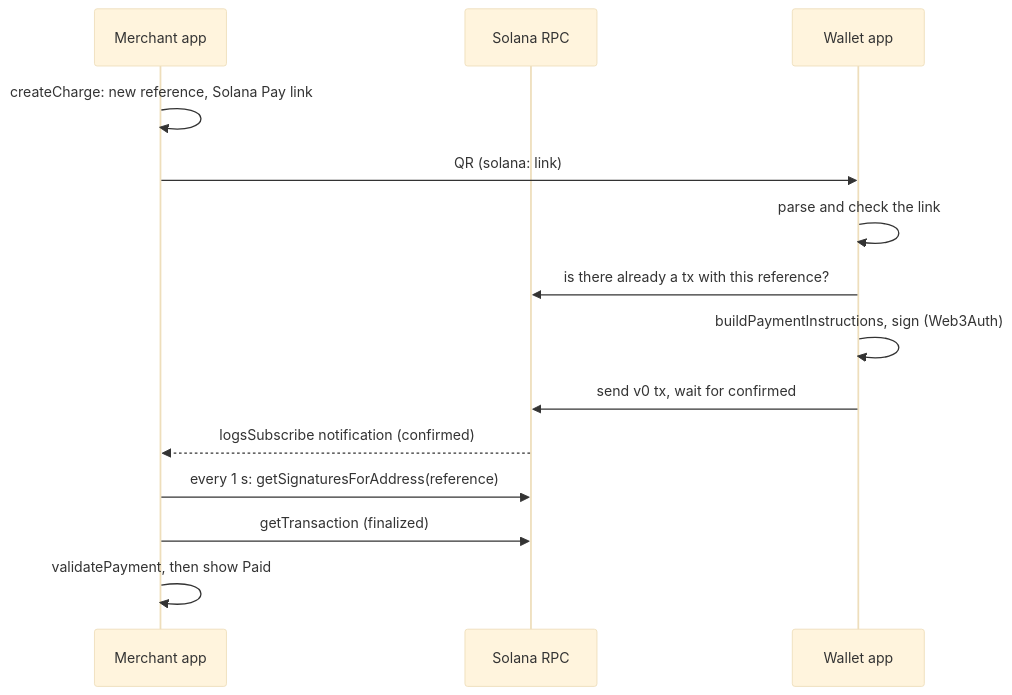
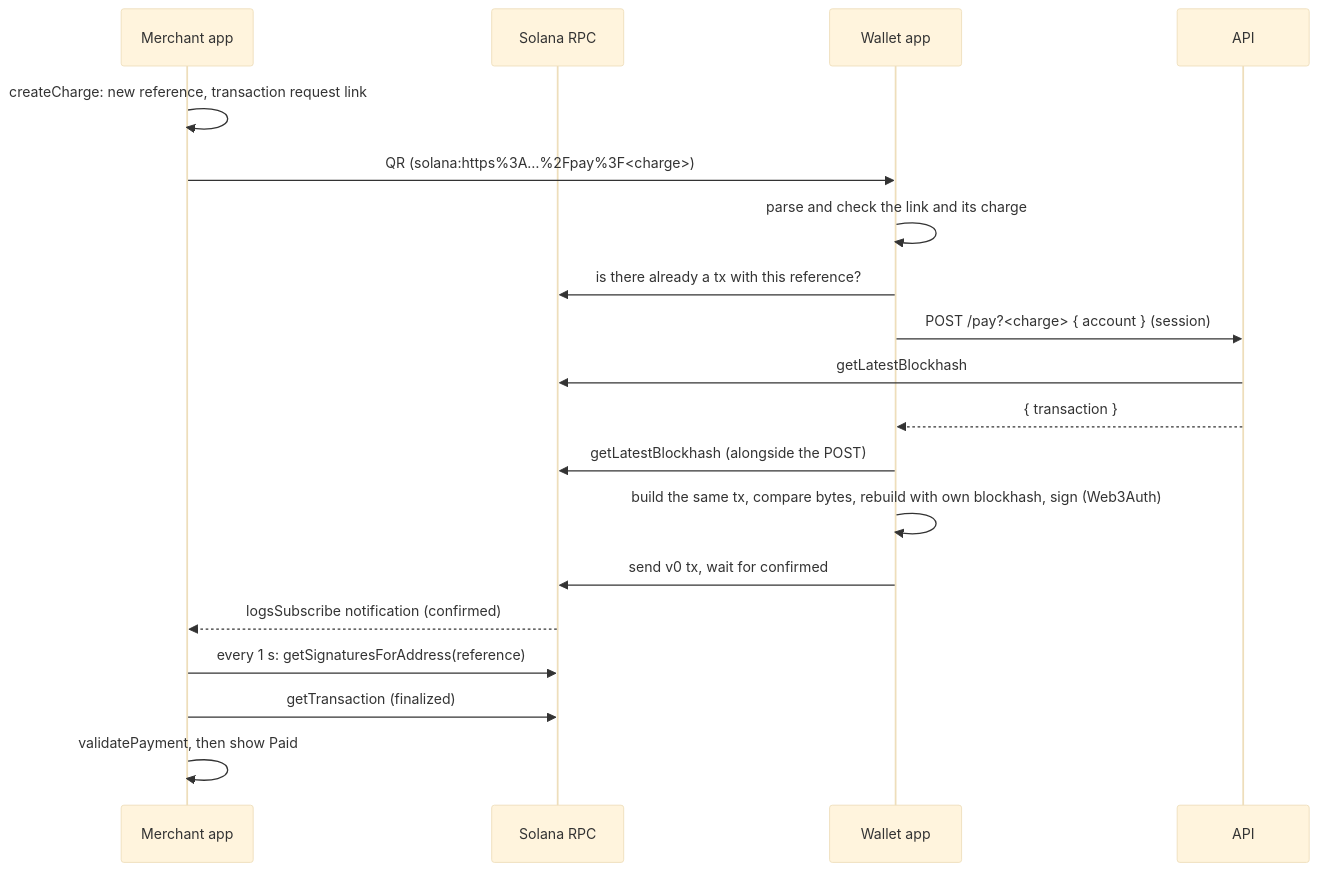
The second of 3 diagrams in docs/architecture.md (aek676/uallet), drawn with Mermaid (base theme) before and after one commit. The commit also changed other lines of this file and 52 other files, not shown here.

First line of the commit message:
feat: pay charges through a Solana Pay transaction request to the API (#34)

````diff
--- a/docs/architecture.md
+++ b/docs/architecture.md
@@ -82,16 +88,21 @@
 ```mermaid
 sequenceDiagram
   participant M as Merchant app
   participant R as Solana RPC
   participant W as Wallet app
-  M->>M: createCharge: new reference, Solana Pay link
-  M->>W: QR (solana: link)
-  W->>W: parse and check the link
+  participant A as API
+  M->>M: createCharge: new reference, transaction request link
+  M->>W: QR (solana:https%3A…%2Fpay%3F<charge>)
+  W->>W: parse and check the link and its charge
   W->>R: is there already a tx with this reference?
-  W->>W: buildPaymentInstructions, sign (Web3Auth)
+  W->>A: POST /pay?<charge> { account } (session)
+  A->>R: getLatestBlockhash
+  A-->>W: { transaction }
+  W->>R: getLatestBlockhash (alongside the POST)
+  W->>W: build the same tx, compare bytes, rebuild with own blockhash, sign (Web3Auth)
   W->>R: send v0 tx, wait for confirmed
   R-->>M: logsSubscribe notification (confirmed)
   M->>R: every 1 s: getSignaturesForAddress(reference)
   M->>R: getTransaction (finalized)
   M->>M: validatePayment, then show Paid
 ```
````
